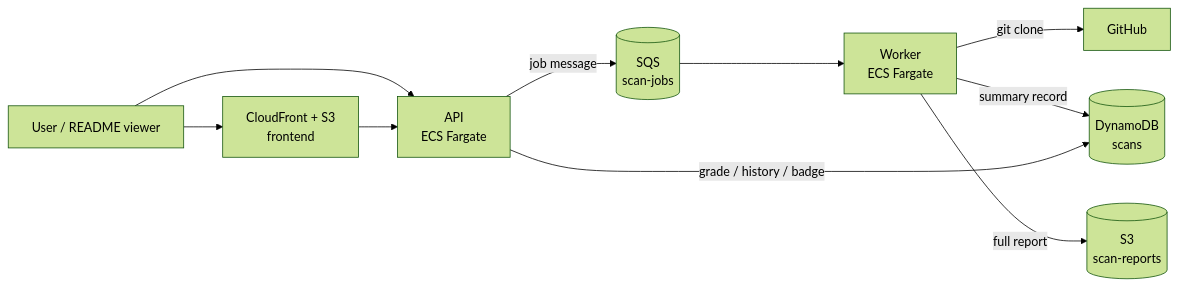
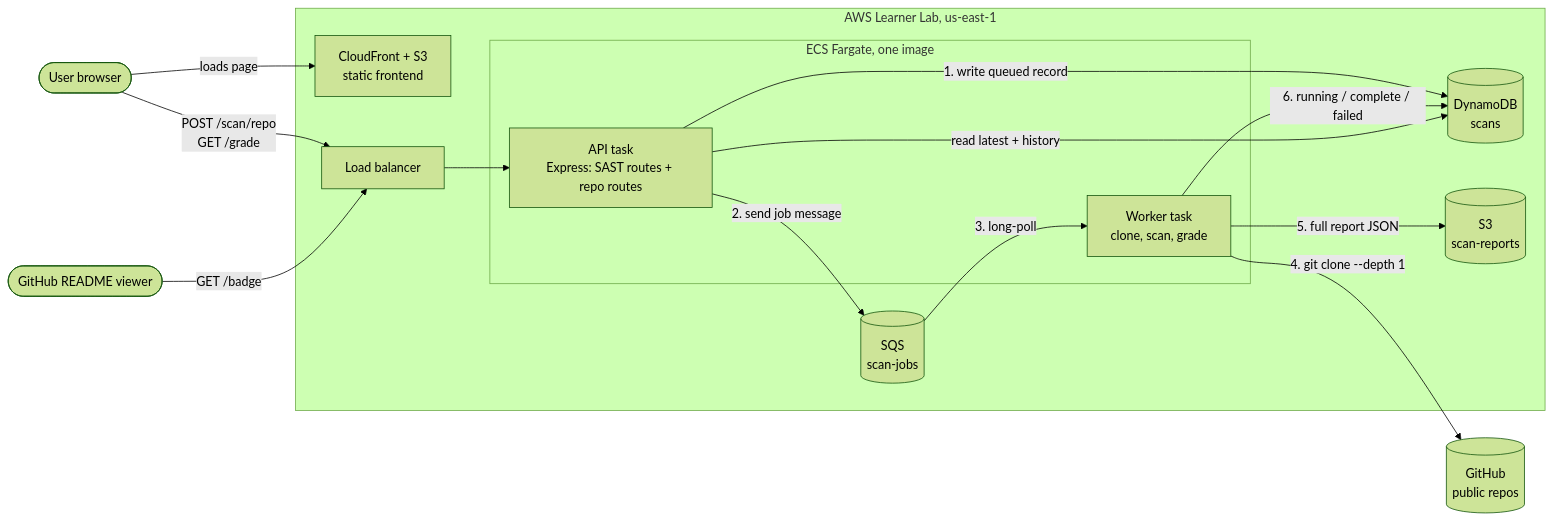
Before and after one commit to aarondudar/Badger: the diagram in docs/architecture.md, drawn with Mermaid (forest theme). The commit also changed other lines of this file and 1 other file, not shown here.

Commit message:
architecture markdown and diagram

````diff
--- a/docs/architecture.md
+++ b/docs/architecture.md
@@ -5,12 +7,30 @@
 ```mermaid
 flowchart LR
-  user[User / README viewer] --> cf[CloudFront + S3<br/>frontend]
-  user --> api[API<br/>ECS Fargate]
-  cf --> api
-  api -->|job message| sqs[(SQS<br/>scan-jobs)]
-  sqs --> worker[Worker<br/>ECS Fargate]
-  worker -->|git clone| gh[GitHub]
-  worker -->|summary record| ddb[(DynamoDB<br/>scans)]
-  worker -->|full report| s3[(S3<br/>scan-reports)]
-  api -->|grade / history / badge| ddb
+  user([User browser])
+  readme([GitHub README viewer])
+  gh[(GitHub<br/>public repos)]
+
+  subgraph aws [AWS Learner Lab, us-east-1]
+    cf[CloudFront + S3<br/>static frontend]
+    alb[Load balancer]
+    subgraph ecs [ECS Fargate, one image]
+      api[API task<br/>Express: SAST routes + repo routes]
+      worker[Worker task<br/>clone, scan, grade]
+    end
+    sqs[(SQS<br/>scan-jobs)]
+    ddb[(DynamoDB<br/>scans)]
+    s3[(S3<br/>scan-reports)]
+  end
+
+  user -->|loads page| cf
+  user -->|POST /scan/repo<br/>GET /grade| alb
+  readme -->|GET /badge| alb
+  alb --> api
+  api -->|1. write queued record| ddb
+  api -->|2. send job message| sqs
+  sqs -->|3. long-poll| worker
+  worker -->|4. git clone --depth 1| gh
+  worker -->|5. full report JSON| s3
+  worker -->|6. running / complete / failed| ddb
+  api -->|read latest + history| ddb
 ```
````
